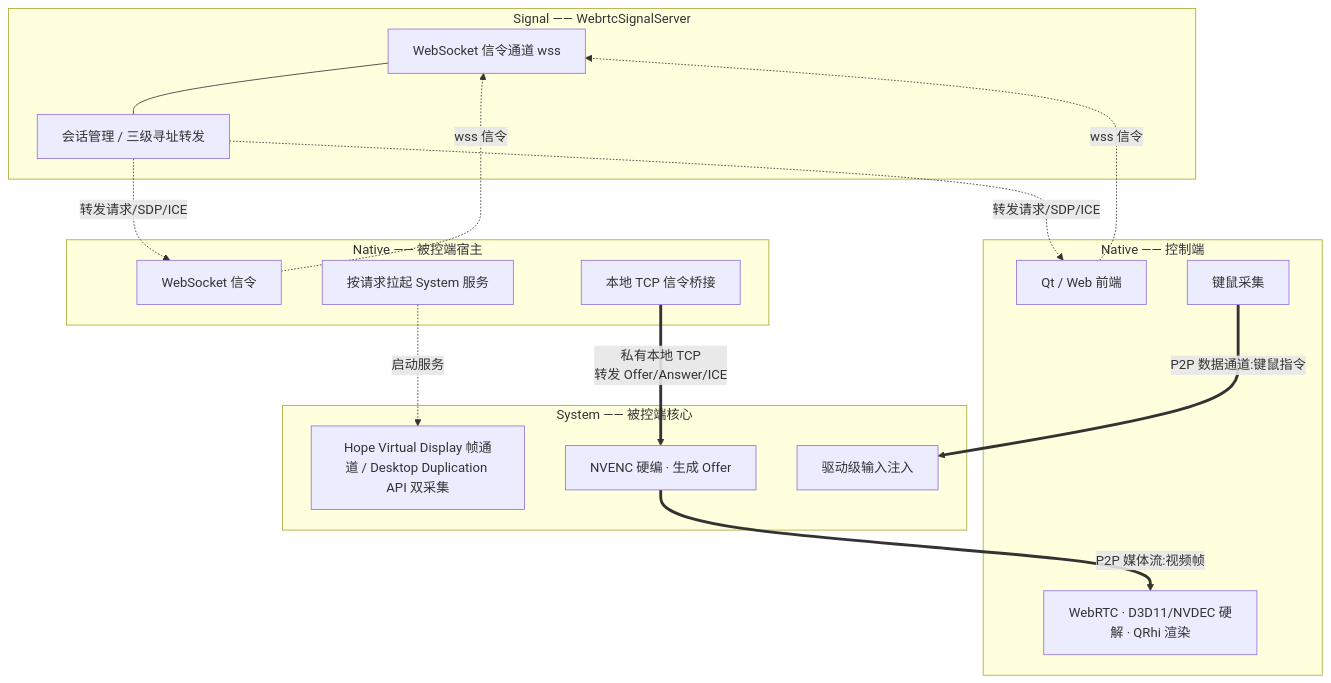
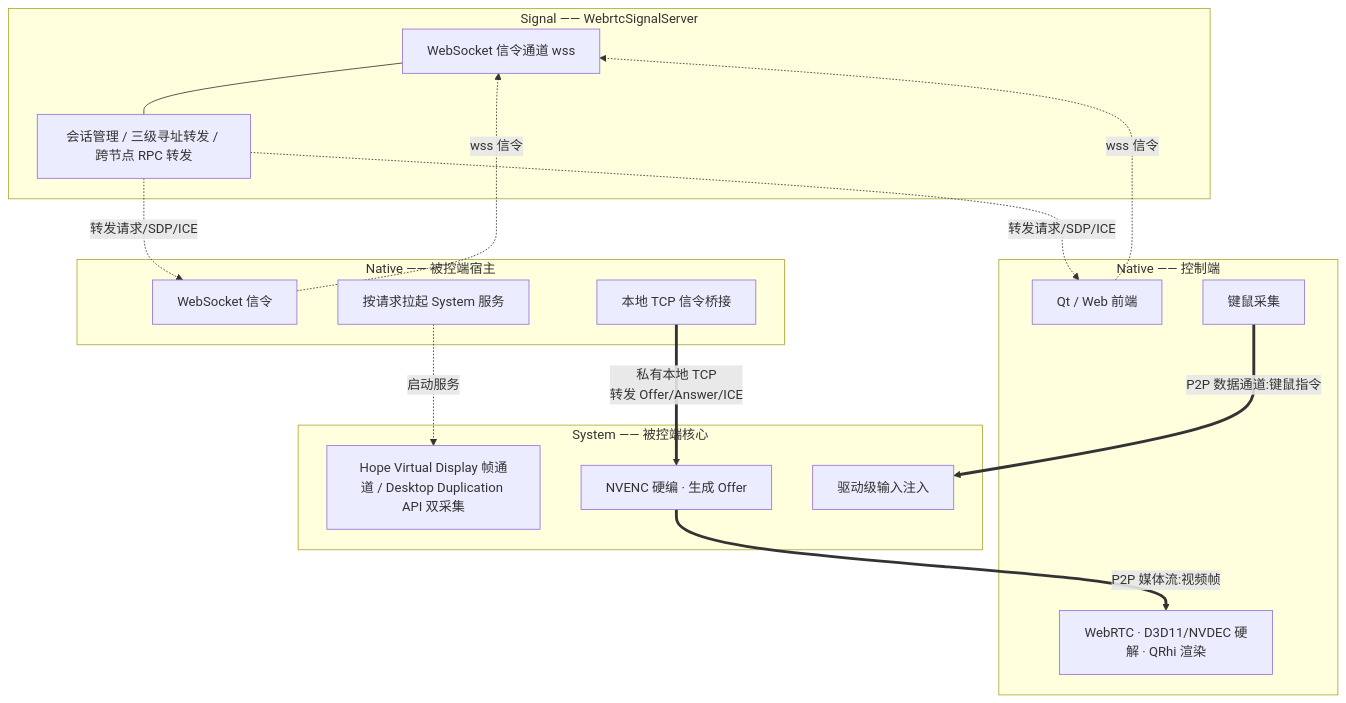
One commit to HopeTiga/HopeDesk changed the diagram in README.md. Above: the diagram before and after it, drawn with Mermaid. The commit also changed other lines of this file, not shown here.

````diff
--- a/README.md
+++ b/README.md
@@ -24,35 +24,35 @@
 ```mermaid
 graph TD
     subgraph S [Signal —— WebrtcSignalServer]
         S1[WebSocket 信令通道 wss]
-        S2[会话管理 / 三级寻址转发]
+        S2[会话管理 / 三级寻址转发 / 跨节点 RPC 转发]
         S1 --- S2
     end
 
     subgraph NA [Native —— 控制端]
         NA1[Qt / Web 前端]
         NA2[WebRTC · D3D11/NVDEC 硬解 · QRhi 渲染]
         NA3[键鼠采集]
     end
 
     subgraph NB [Native —— 被控端宿主]
         NB1[WebSocket 信令]
         NB2[本地 TCP 信令桥接]
         NB3[按请求拉起 System 服务]
     end
 
     subgraph M [System —— 被控端核心]
         M1[Hope Virtual Display 帧通道 / Desktop Duplication API 双采集]
         M2[NVENC 硬编 · 生成 Offer]
         M3[驱动级输入注入]
     end
 
     NA1 -. wss 信令 .-> S1
     NB1 -. wss 信令 .-> S1
     S2 -. 转发请求/SDP/ICE .-> NA1
     S2 -. 转发请求/SDP/ICE .-> NB1
     NB3 -. 启动服务 .-> M1
     NB2 == 私有本地 TCP<br/>转发 Offer/Answer/ICE ==> M2
     M2 == P2P 媒体流:视频帧 ==> NA2
     NA3 == P2P 数据通道:键鼠指令 ==> M3
 ```
````
